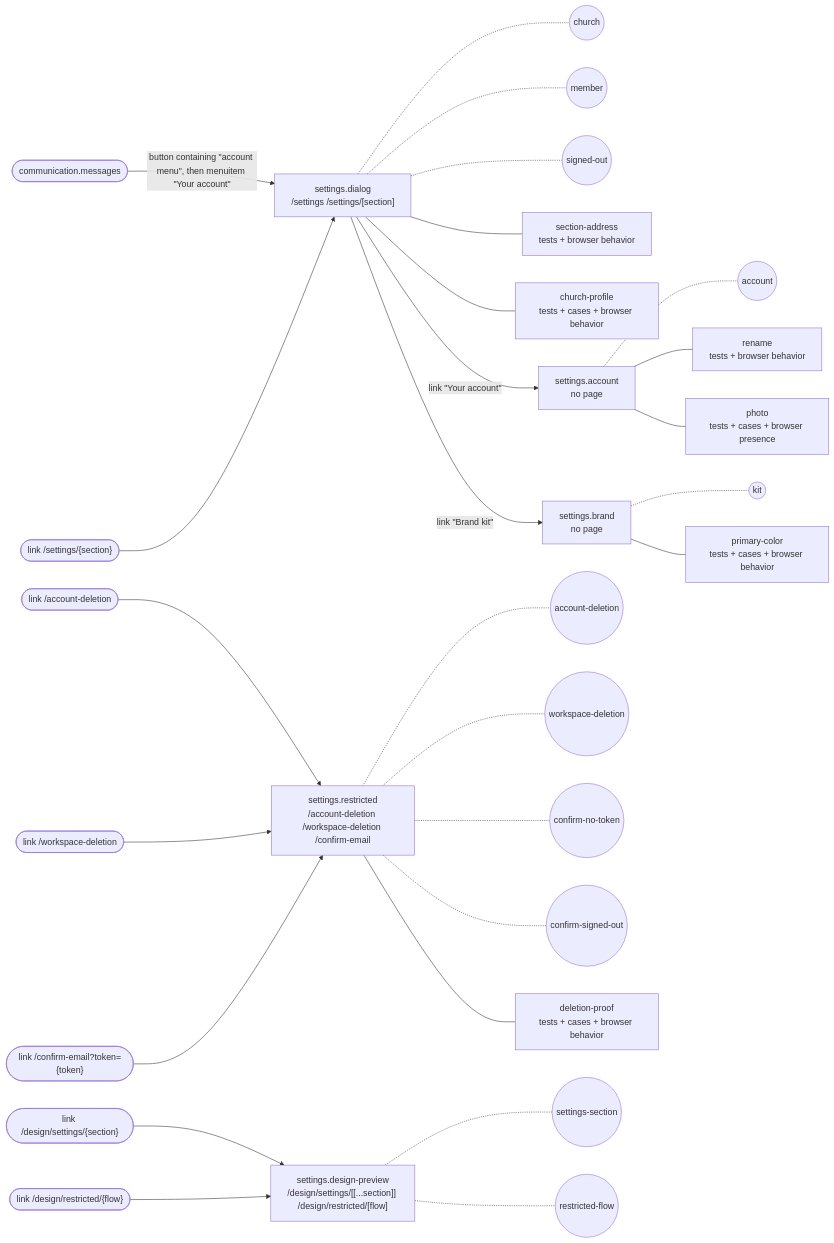
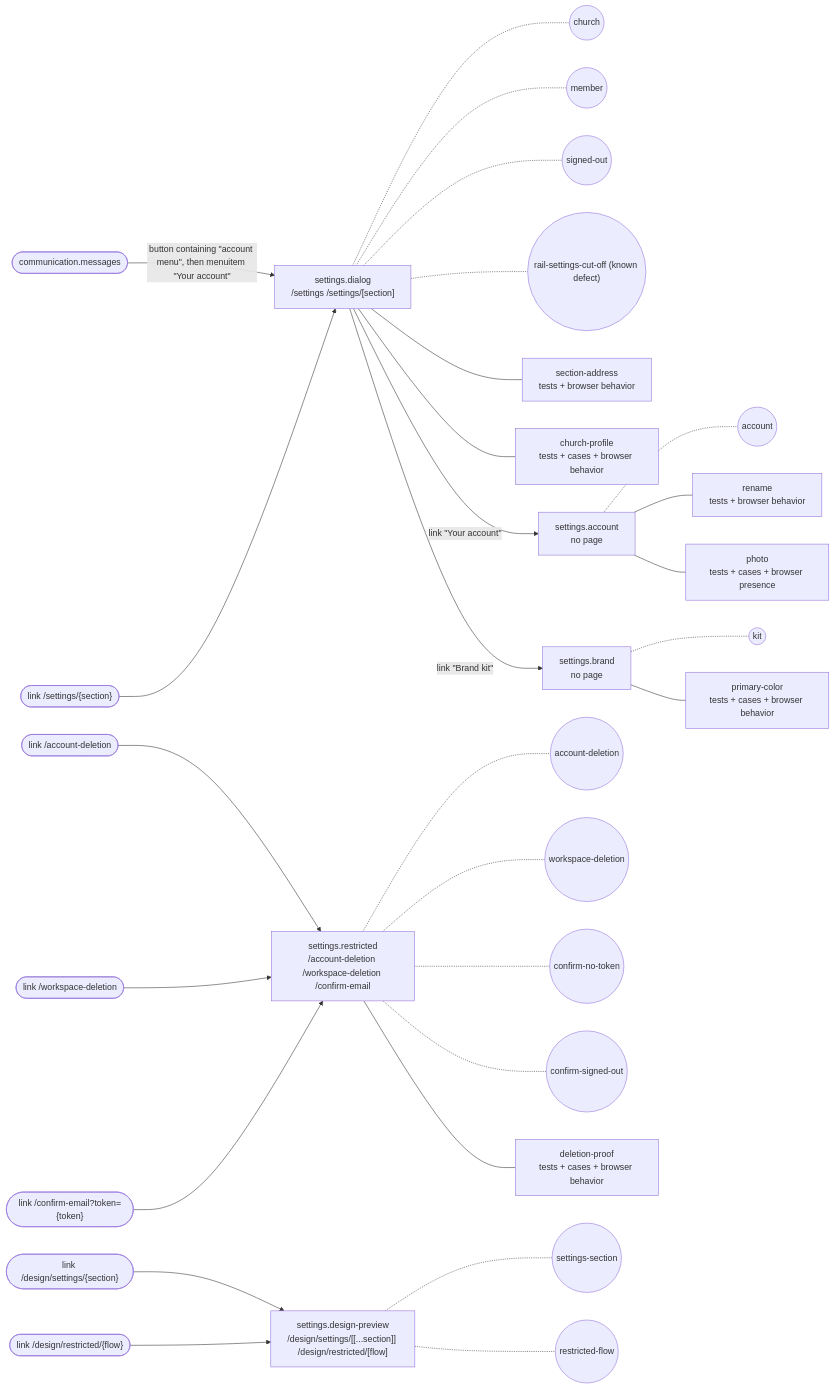
The diagram in docs/feature-maps/settings.md (SebastianGarces/everyfield), drawn with Mermaid before and after one commit. The commit also changed other lines of this file and 9 other files, not shown here.

Commit message:
Feature maps: cite operations the last-segment lookup now finds, true reasons for the rest, and the cut-off rail Settings link as a known defect

````diff
--- a/docs/feature-maps/settings.md
+++ b/docs/feature-maps/settings.md
@@ -6,41 +6,42 @@
 ```mermaid
 flowchart LR
   s0_link1(["link /settings/{section}"])
   s3_link0(["link /account-deletion"])
   s3_link1(["link /workspace-deletion"])
   s3_link2(["link /confirm-email?token={token}"])
   s4_link0(["link /design/settings/{section}"])
   s4_link1(["link /design/restricted/{flow}"])
   x_communication_messages(["communication.messages"])
   s0["settings.dialog<br/>/settings /settings/[section]"]
   x_communication_messages -- "button containing #quot;account menu#quot;, then menuitem #quot;Your account#quot;" --> s0
   s0_link1 --> s0
   s0 -.- s0_st0(("church"))
   s0 -.- s0_st1(("member"))
   s0 -.- s0_st2(("signed-out"))
+  s0 -.- s0_st3(("rail-settings-cut-off (known defect)"))
   s0 --- s0_b0["section-address<br/>tests + browser behavior"]
   s0 --- s0_b1["church-profile<br/>tests + cases + browser behavior"]
   s1["settings.account<br/>no page"]
   s0 -- "link #quot;Your account#quot;" --> s1
   s1 -.- s1_st0(("account"))
   s1 --- s1_b0["rename<br/>tests + browser behavior"]
   s1 --- s1_b1["photo<br/>tests + cases + browser presence"]
   s2["settings.brand<br/>no page"]
   s0 -- "link #quot;Brand kit#quot;" --> s2
   s2 -.- s2_st0(("kit"))
   s2 --- s2_b0["primary-color<br/>tests + cases + browser behavior"]
   s3["settings.restricted<br/>/account-deletion /workspace-deletion /confirm-email"]
   s3_link0 --> s3
   s3_link1 --> s3
   s3_link2 --> s3
   s3 -.- s3_st0(("account-deletion"))
   s3 -.- s3_st1(("workspace-deletion"))
   s3 -.- s3_st2(("confirm-no-token"))
   s3 -.- s3_st3(("confirm-signed-out"))
   s3 --- s3_b0["deletion-proof<br/>tests + cases + browser behavior"]
   s4["settings.design-preview<br/>/design/settings/[[...section]] /design/restricted/[flow]"]
   s4_link0 --> s4
   s4_link1 --> s4
   s4 -.- s4_st0(("settings-section"))
   s4 -.- s4_st1(("restricted-flow"))
 ```
````
